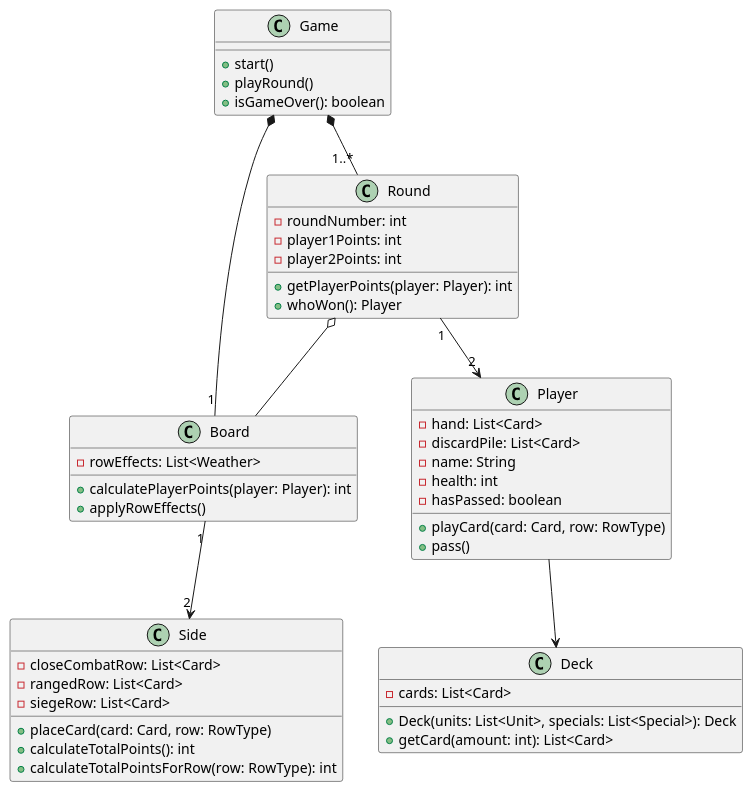
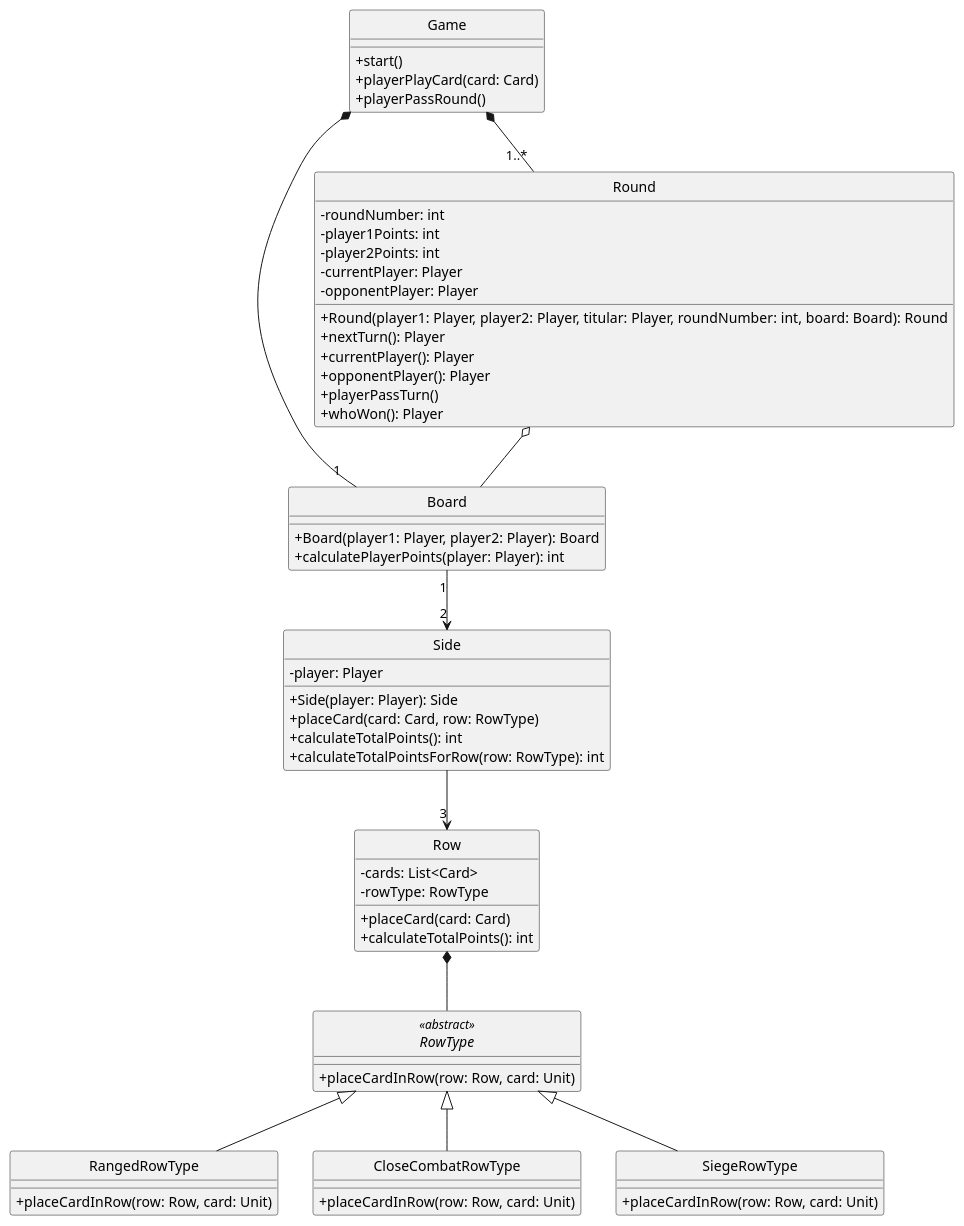
Before and after one commit to Yonhir/algo3_proyecto_base_tp2: the diagram in diagrams/classes/game.plantuml, drawn with PlantUML.

Commit message:
Agrego clases Row y RowType y pongo las visibilidades con + y - en vez de colores.

```diff
--- a/diagrams/classes/game.plantuml
+++ b/diagrams/classes/game.plantuml
@@ -1,73 +1,85 @@
 @startuml
 
-
+skinparam monochrome true
+hide circle
+skinparam classAttributeIconSize 0
 ' =====================
 ' DECK & PLAYER
 ' =====================
-class Deck {
-  -cards: List<Card>
-  +Deck(units: List<Unit>, specials: List<Special>): Deck
-  +getCard(amount: int): List<Card>
-}
-
-class Player {
-  -hand: List<Card>
-  -discardPile: List<Card>
-  -name: String
-  -health: int
-  -hasPassed: boolean
-' -leader: LeaderCard
-  +playCard(card: Card, row: RowType)
-  +pass()
-'  +useLeaderAbility()
-}
 
 ' =====================
 ' GAME & BOARD
 ' =====================
 class Game {
   +start()
-  +playRound()
-  +isGameOver(): boolean
+  +playerPlayCard(card: Card)
+  +playerPassRound()
 }
 
 class Board {
-  -rowEffects: List<Weather>
+  +Board(player1: Player, player2: Player): Board
   +calculatePlayerPoints(player: Player): int
-  +applyRowEffects()
 }
 
 class Side {
-  -closeCombatRow: List<Card>
-  -rangedRow: List<Card>
-  -siegeRow: List<Card>
+  -player: Player
+  +Side(player: Player): Side
   +placeCard(card: Card, row: RowType)
   +calculateTotalPoints(): int
   +calculateTotalPointsForRow(row: RowType): int
 }
 
 class Round {
   -roundNumber: int
   -player1Points: int
   -player2Points: int
-  +getPlayerPoints(player: Player): int
+  -currentPlayer: Player
+  -opponentPlayer: Player
+  +Round(player1: Player, player2: Player, titular: Player, roundNumber: int, board: Board): Round
+  +nextTurn(): Player
+  +currentPlayer(): Player
+  +opponentPlayer(): Player
+  +playerPassTurn()
   +whoWon(): Player
 }
 
+class Row {
+  -cards: List<Card>
+  -rowType: RowType
+  +placeCard(card: Card)
+  +calculateTotalPoints(): int
+}
+
+abstract class RowType <<abstract>> {
+  +placeCardInRow(row: Row, card: Unit)
+}
+
+class RangedRowType extends RowType {
+  +placeCardInRow(row: Row, card: Unit)
+}
+
+class CloseCombatRowType extends RowType {
+  +placeCardInRow(row: Row, card: Unit)
+}
+
+class SiegeRowType extends RowType {
+  +placeCardInRow(row: Row, card: Unit)
+}
 ' =====================
 ' RELATIONSHIPS
 ' =====================
 
 Game *-- "1..*" Round
 Game *-- "1" Board
 
-Round "1"-->"2" Player
 Round o-- Board
 
-Player --> Deck
-' Player --> LeaderCard
+Side --> "3" Row
+
+Row *-- RowType
+
 
 Board "1" --> "2" Side
 
 
 @enduml
```
